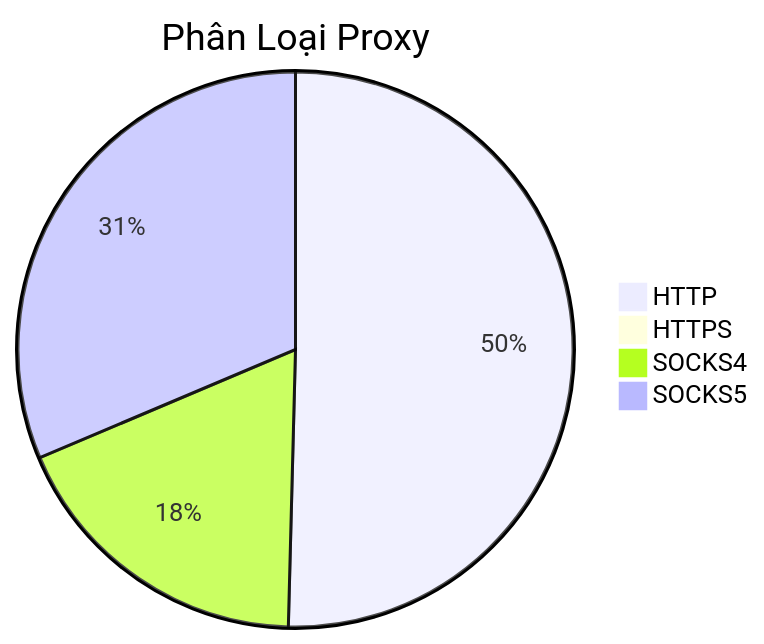
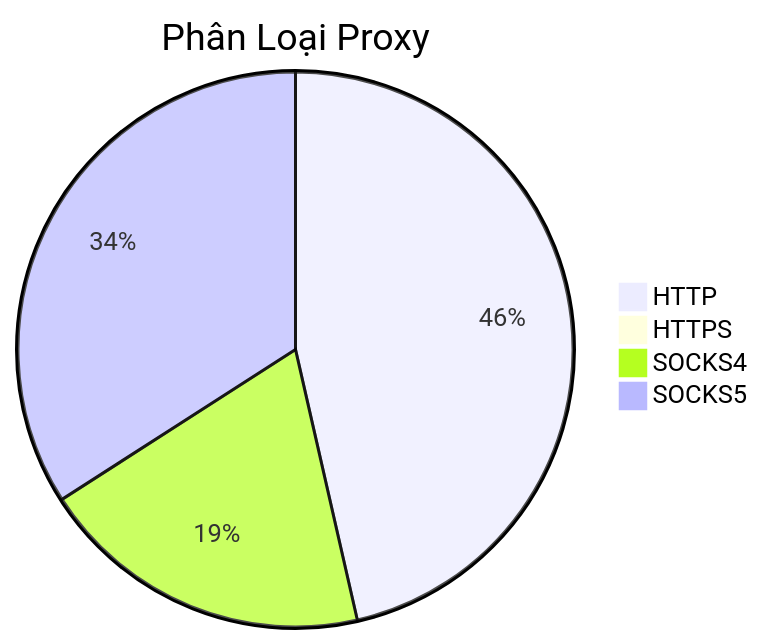
Before and after one commit to Ciara-Aa/PROXY-free: the diagram in README.md, drawn with Mermaid. The commit also changed other lines of this file and 4 other files, not shown here.

````diff
--- a/README.md
+++ b/README.md
@@ -26,7 +26,7 @@
 ```mermaid
 pie title Phân Loại Proxy
-    "HTTP" : 368
-    "HTTPS" : 6
-    "SOCKS4" : 133
-    "SOCKS5" : 229
+    "HTTP" : 331
+    "HTTPS" : 5
+    "SOCKS4" : 139
+    "SOCKS5" : 243
 ```
````
